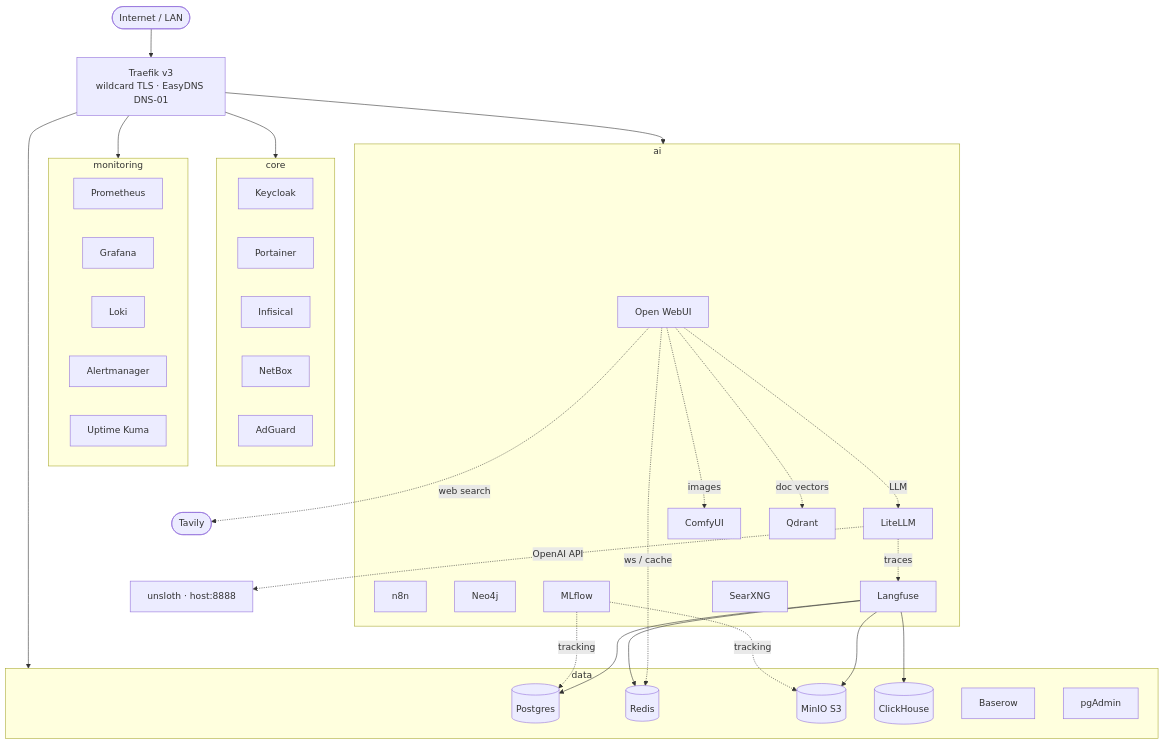
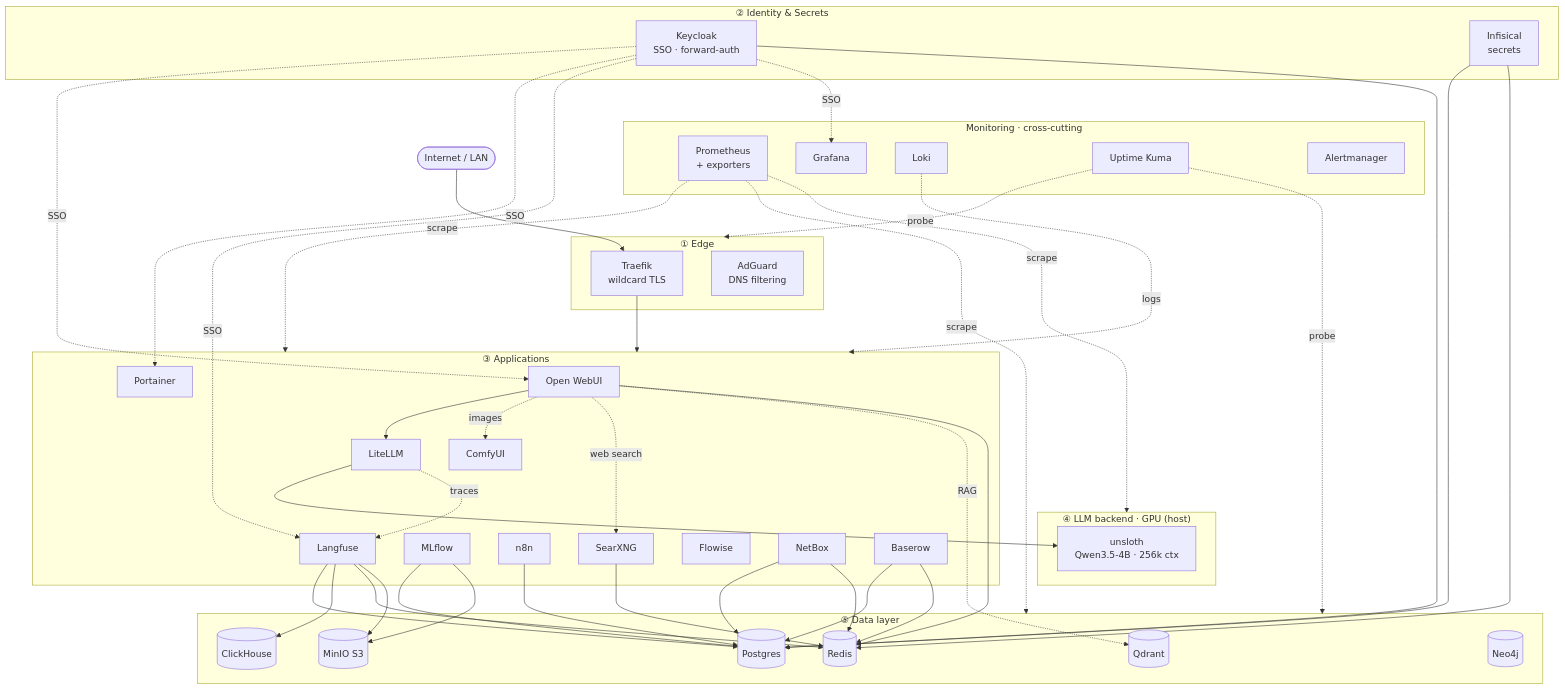
The diagram in README.md (Bleenq-Technology/ai-homelab), drawn with Mermaid before and after one commit. The commit also changed other lines of this file and 1 other file, not shown here.

Commit message:
README: layered dependency architecture; fix OpenWebUI/NetBox Redis DB collision
- Rework the architecture diagram into a bottom-up layered view (edge ->
  identity -> applications -> LLM backend -> data layer) with real inter-service
  dependency edges (who persists to Postgres/Redis/Qdrant/MinIO/ClickHouse) and
  monitoring drawn as cross-cutting.
- Building the dependency map surfaced a collision: OpenWebUI and NetBox both
  used Redis DB 2 (NetBox via REDIS_DB_TASK=2, missed earlier). Move OpenWebUI
  to DB 7 (1=infisical, 2-3=netbox, 4=baserow, 5=langfuse, 6=searxng, 7=open-webui).

````diff
--- a/README.md
+++ b/README.md
@@ -25,25 +30,71 @@
 ```mermaid
-flowchart TD
-    Net([Internet / LAN]) --> TR[Traefik v3<br/>wildcard TLS · EasyDNS DNS-01]
-    subgraph core[core]
-      KC[Keycloak] & PT[Portainer] & INF[Infisical] & NB[NetBox] & AG[AdGuard]
+flowchart TB
+    Net([Internet / LAN]) --> TR
+
+    subgraph EDGE["① Edge"]
+        TR["Traefik<br/>wildcard TLS"]
+        AG["AdGuard<br/>DNS filtering"]
     end
-    subgraph data[data]
-      PG[(Postgres)] & RD[(Redis)] & MIN[(MinIO S3)] & CH[(ClickHouse)] & BR[Baserow] & PGA[pgAdmin]
+
+    subgraph IDENT["② Identity &amp; Secrets"]
+        KC["Keycloak<br/>SSO · forward-auth"]
+        INF["Infisical<br/>secrets"]
     end
-    subgraph mon[monitoring]
-      PR[Prometheus] & GR[Grafana] & LK[Loki] & AM[Alertmanager] & UK[Uptime Kuma]
+
+    subgraph APPS["③ Applications"]
+        OW["Open WebUI"]
+        LL["LiteLLM"]
+        CF["ComfyUI"]
+        LF["Langfuse"]
+        MLF["MLflow"]
+        N8["n8n"]
+        SX["SearXNG"]
+        FL["Flowise"]
+        NB["NetBox"]
+        BR["Baserow"]
+        PT["Portainer"]
     end
-    subgraph ai[ai]
-      OW[Open WebUI] & LL[LiteLLM] & N8[n8n] & CF[ComfyUI] & QD[Qdrant] & NEO[Neo4j] & LF[Langfuse] & MLF[MLflow] & SX[SearXNG]
+
+    subgraph LLMB["④ LLM backend · GPU (host)"]
+        UNS["unsloth<br/>Qwen3.5-4B · 256k ctx"]
     end
-    TR --> core & data & mon & ai
-    OW -. LLM .-> LL -. OpenAI API .-> UNS[unsloth · host:8888]
+
+    subgraph DATA["⑤ Data layer"]
+        PG[("Postgres")]
+        RD[("Redis")]
+        QD[("Qdrant")]
+        MIN[("MinIO S3")]
+        CH[("ClickHouse")]
+        NEO[("Neo4j")]
+    end
+
+    subgraph MON["Monitoring · cross-cutting"]
+        PR["Prometheus<br/>+ exporters"]
+        GR["Grafana"]
+        LK["Loki"]
+        UK["Uptime Kuma"]
+        AM["Alertmanager"]
+    end
+
+    %% edge + identity
+    TR --> APPS
+    KC -. SSO .-> OW & PT & LF & GR
+
+    %% AI request path
+    OW --> LL --> UNS
     LL -. traces .-> LF
     OW -. images .-> CF
-    OW -. web search .-> TAV([Tavily])
-    OW -. doc vectors .-> QD
-    OW -. ws / cache .-> RD
+    OW -. web search .-> SX
+    OW -. RAG .-> QD
+
+    %% data-layer dependencies (who persists where)
+    KC & NB & INF & BR & N8 & MLF --> PG
+    INF & NB & BR & SX & OW --> RD
     LF --> PG & CH & RD & MIN
-    MLF -. tracking .-> PG & MIN
+    MLF --> MIN
+
+    %% monitoring spans the whole stack
+    PR -. scrape .-> APPS & DATA & LLMB
+    LK -. logs .-> APPS
+    UK -. probe .-> EDGE & DATA
 ```
````
